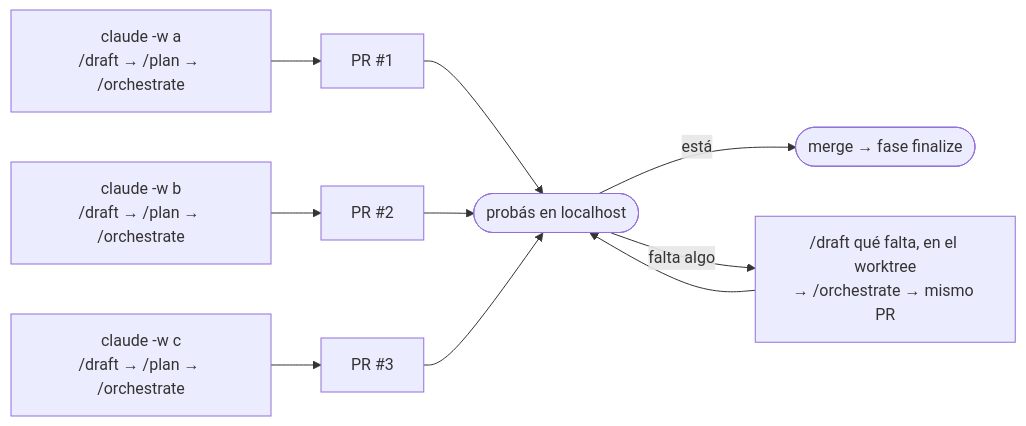
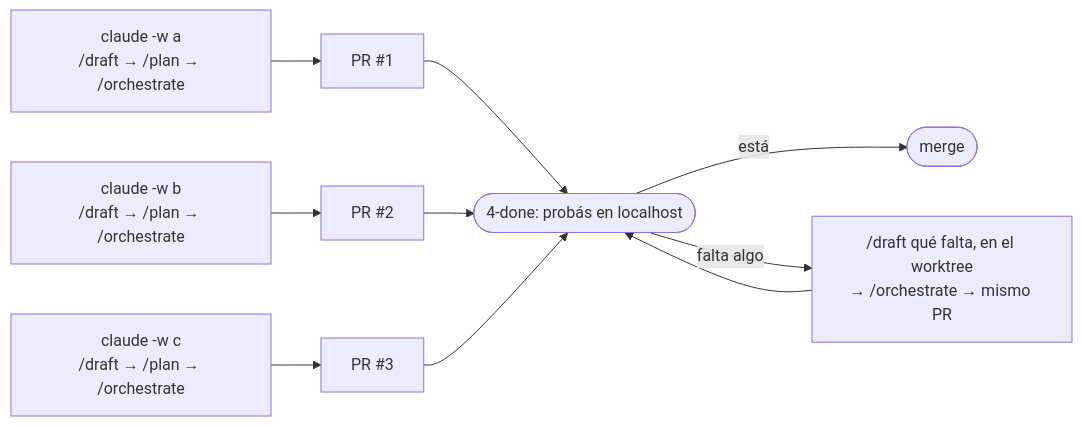
Before and after one commit to octavio-parozlabs/mindstack: the first of 2 diagrams in skills/workflow/references/orchestrate.md, drawn with Mermaid. The commit also changed other lines of this file and 44 other files, not shown here.

````diff
--- a/skills/workflow/references/orchestrate.md
+++ b/skills/workflow/references/orchestrate.md
@@ -7,10 +7,10 @@
 ```mermaid
 flowchart LR
     Wa["claude -w a\n/draft → /plan → /orchestrate"] --> PRa[PR #1]
     Wb["claude -w b\n/draft → /plan → /orchestrate"] --> PRb[PR #2]
     Wc["claude -w c\n/draft → /plan → /orchestrate"] --> PRc[PR #3]
-    PRa & PRb & PRc --> T([probás en localhost])
-    T -->|está| M([merge → fase finalize])
+    PRa & PRb & PRc --> T([4-done: probás en localhost])
+    T -->|está| M([merge])
     T -->|falta algo| I["/draft qué falta, en el worktree
 → /orchestrate → mismo PR"] --> T
 ```
````
